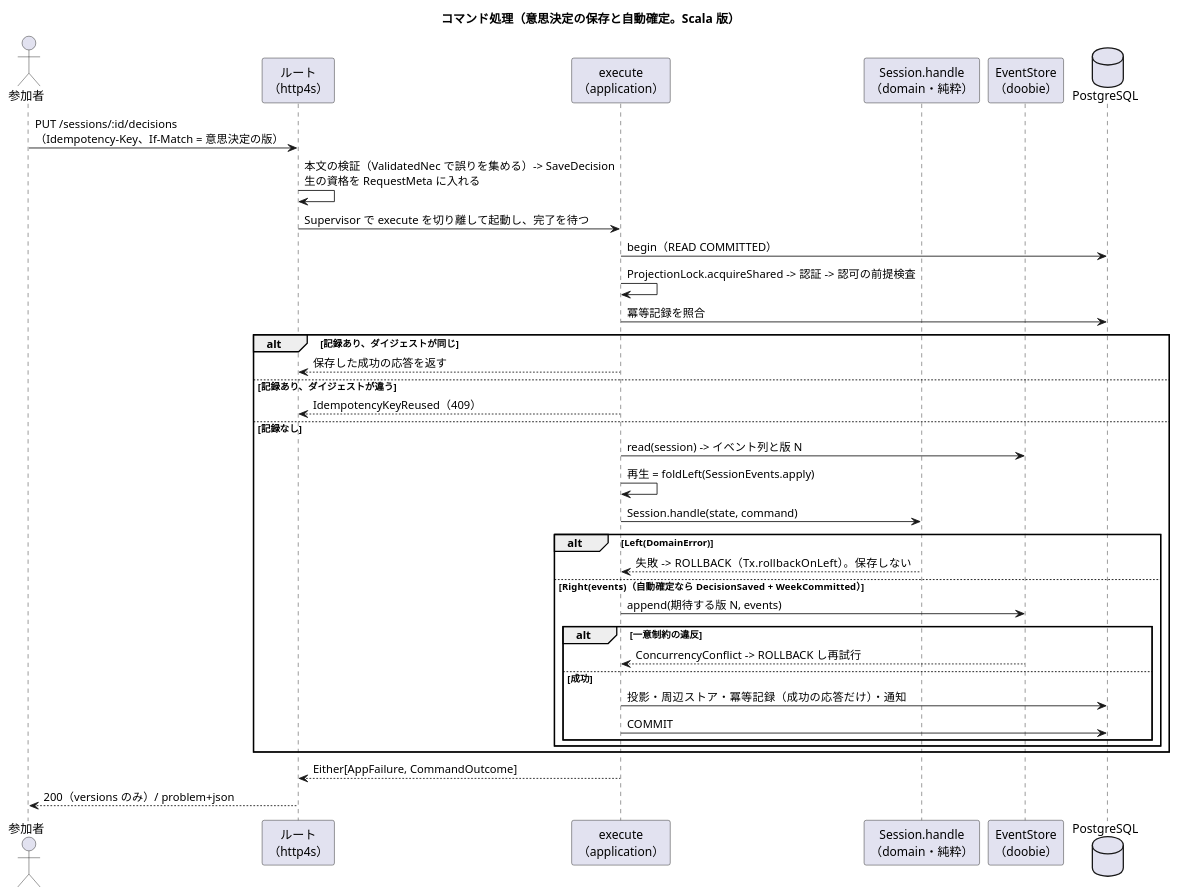
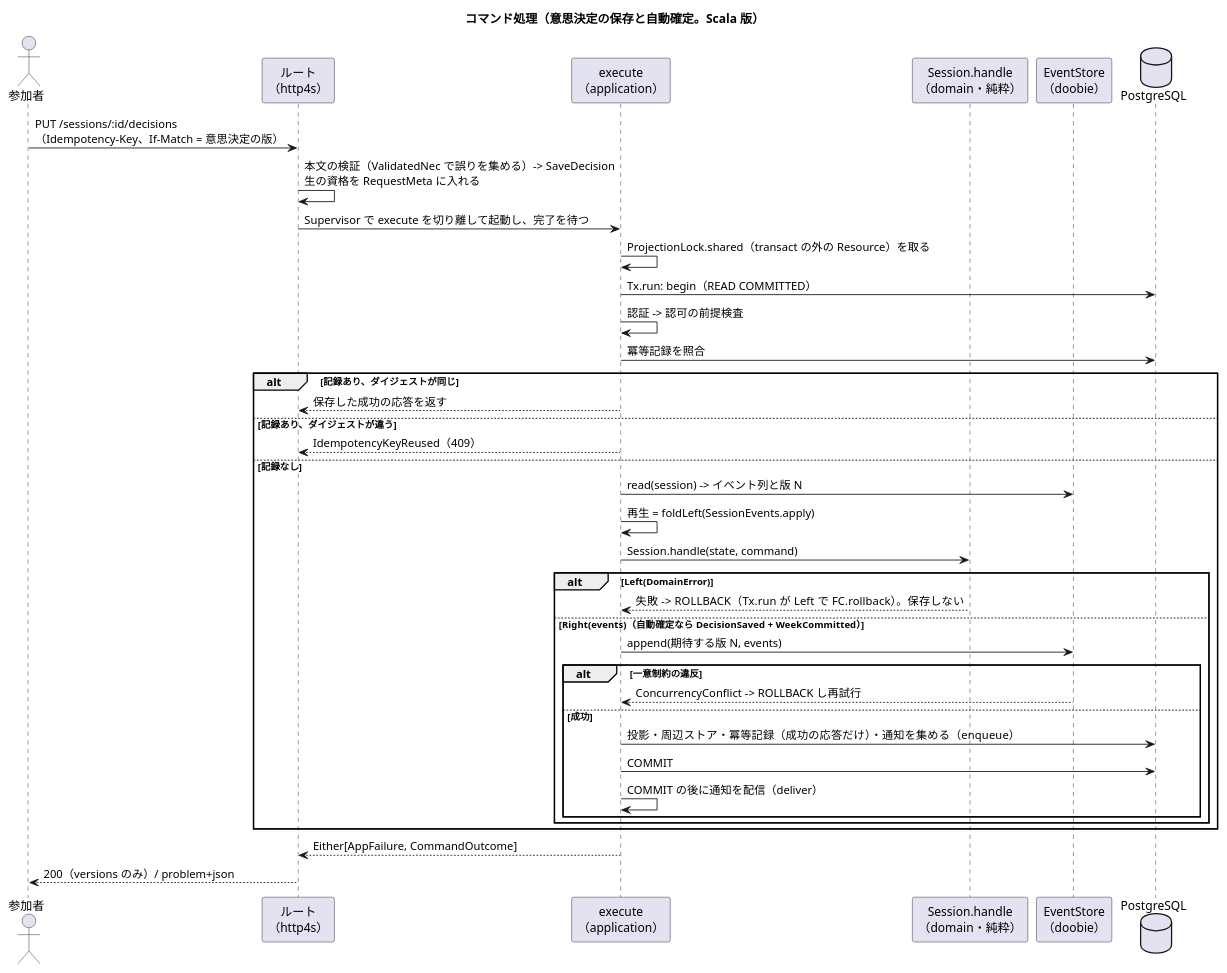
One commit to k2works/case-study-beer-game-simulation changed the second of 2 diagrams in docs/design/beer-game-scala/architecture-backend.md. Above: the diagram before and after it, drawn with PlantUML. The commit also changed other lines of this file and 14 other files, not shown here.

````diff
--- a/docs/design/beer-game-scala/architecture-backend.md
+++ b/docs/design/beer-game-scala/architecture-backend.md
@@ -140,41 +184,43 @@
 ```plantuml
 @startuml
 title コマンド処理（意思決定の保存と自動確定。Scala 版）
 
 actor 参加者 as P
 participant "ルート\n（http4s）" as R
 participant "execute\n（application）" as X
 participant "Session.handle\n（domain・純粋）" as D
 participant "EventStore\n（doobie）" as ES
 database "PostgreSQL" as DB
 
 P -> R : PUT /sessions/:id/decisions\n（Idempotency-Key、If-Match = 意思決定の版）
 R -> R : 本文の検証（ValidatedNec で誤りを集める）-> SaveDecision\n生の資格を RequestMeta に入れる
 R -> X : Supervisor で execute を切り離して起動し、完了を待つ
-X -> DB : begin（READ COMMITTED）
-X -> X : ProjectionLock.acquireShared -> 認証 -> 認可の前提検査
+X -> X : ProjectionLock.shared（transact の外の Resource）を取る
+X -> DB : Tx.run: begin（READ COMMITTED）
+X -> X : 認証 -> 認可の前提検査
 X -> DB : 冪等記録を照合
 alt 記録あり、ダイジェストが同じ
   X --> R : 保存した成功の応答を返す
 else 記録あり、ダイジェストが違う
   X --> R : IdempotencyKeyReused（409）
 else 記録なし
   X -> ES : read(session) -> イベント列と版 N
   X -> X : 再生 = foldLeft(SessionEvents.apply)
   X -> D : Session.handle(state, command)
   alt Left(DomainError)
-    D --> X : 失敗 -> ROLLBACK（Tx.rollbackOnLeft）。保存しない
+    D --> X : 失敗 -> ROLLBACK（Tx.run が Left で FC.rollback）。保存しない
   else Right(events)（自動確定なら DecisionSaved + WeekCommitted）
     X -> ES : append(期待する版 N, events)
     alt 一意制約の違反
       ES --> X : ConcurrencyConflict -> ROLLBACK し再試行
     else 成功
-      X -> DB : 投影・周辺ストア・冪等記録（成功の応答だけ）・通知
+      X -> DB : 投影・周辺ストア・冪等記録（成功の応答だけ）・通知を集める（enqueue）
       X -> DB : COMMIT
+      X -> X : COMMIT の後に通知を配信（deliver）
     end
   end
 end
 X --> R : Either[AppFailure, CommandOutcome]
 R --> P : 200（versions のみ）/ problem+json
 @enduml
 ```
````
